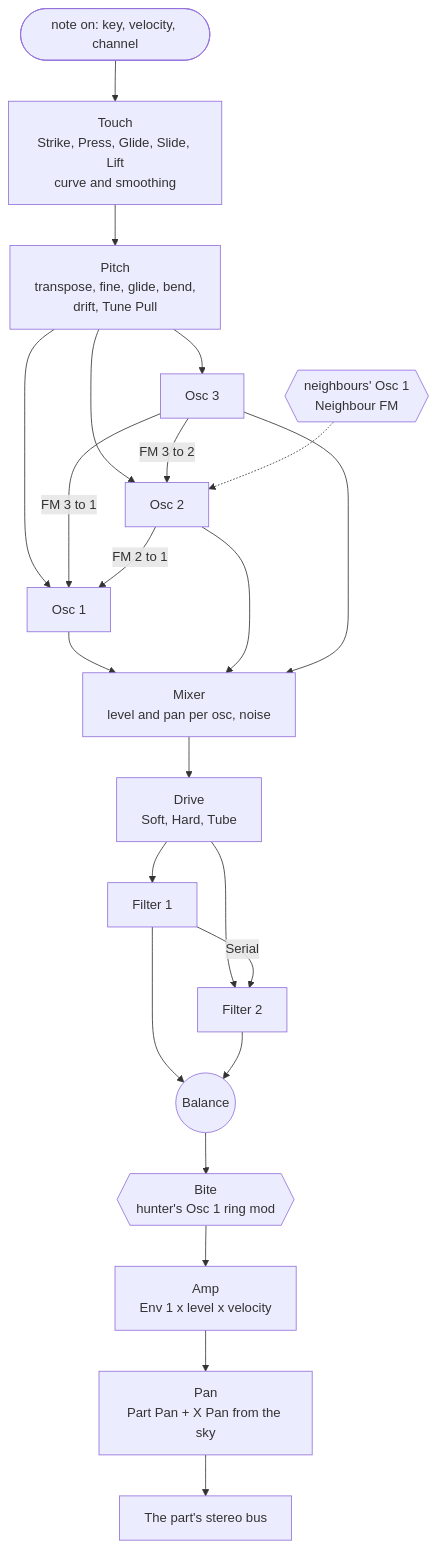
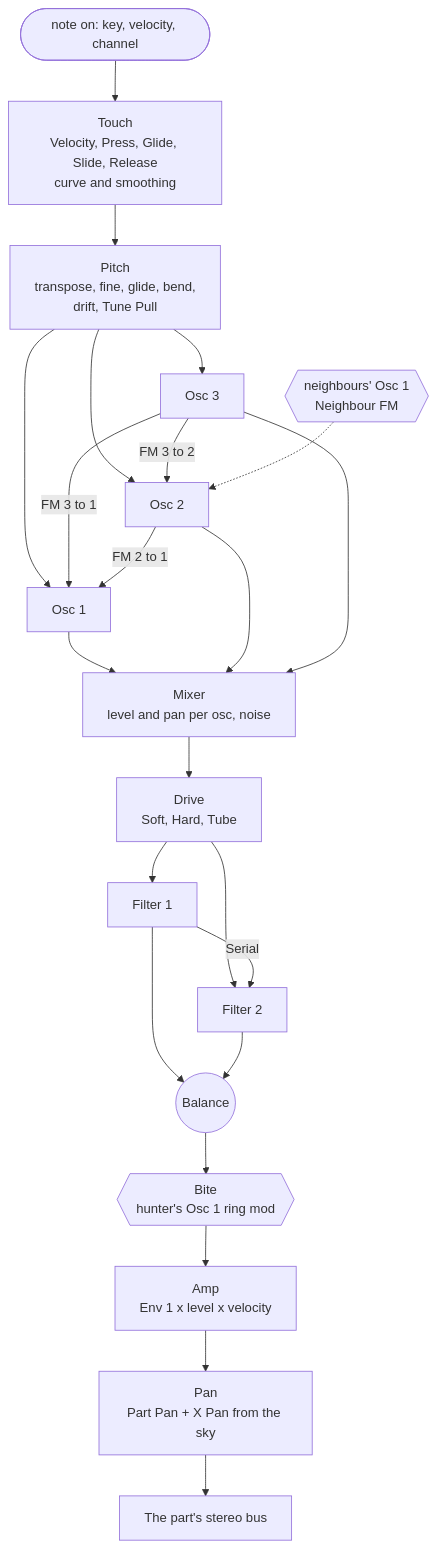
One commit to jeffmhopkins/Jclap changed the first of 2 diagrams in plugins/jsynth/ARCHITECTURE.md. Above: the diagram before and after it, drawn with Mermaid. The commit also changed other lines of this file and 16 other files, not shown here.

First line of the commit message:
jsynth: screenshots, docs and manual for the three views, Velocity and Release

````diff
--- a/plugins/jsynth/ARCHITECTURE.md
+++ b/plugins/jsynth/ARCHITECTURE.md
@@ -47,25 +47,25 @@
 ```mermaid
 flowchart TD
-    NOTE([note on: key, velocity, channel]) --> TOUCH[Touch<br/>Strike, Press, Glide, Slide, Lift<br/>curve and smoothing]
+    NOTE([note on: key, velocity, channel]) --> TOUCH[Touch<br/>Velocity, Press, Glide, Slide, Release<br/>curve and smoothing]
     TOUCH --> PITCH[Pitch<br/>transpose, fine, glide, bend,<br/>drift, Tune Pull]
     PITCH --> O3[Osc 3]
     PITCH --> O2[Osc 2]
     PITCH --> O1[Osc 1]
     O3 -->|FM 3 to 2| O2
     O3 -->|FM 3 to 1| O1
     O2 -->|FM 2 to 1| O1
     NB{{neighbours' Osc 1<br/>Neighbour FM}} -.-> O2
     O1 --> MIX[Mixer<br/>level and pan per osc, noise]
     O2 --> MIX
     O3 --> MIX
     MIX --> DRV[Drive<br/>Soft, Hard, Tube]
     DRV --> F1[Filter 1]
     DRV --> F2[Filter 2]
     F1 -->|Serial| F2
     F1 --> BAL((Balance))
     F2 --> BAL
     BAL --> BITE{{Bite<br/>hunter's Osc 1 ring mod}}
     BITE --> AMP[Amp<br/>Env 1 x level x velocity]
     AMP --> PAN[Pan<br/>Part Pan + X Pan from the sky]
     PAN --> BUS[The part's stereo bus]
 ```
````
